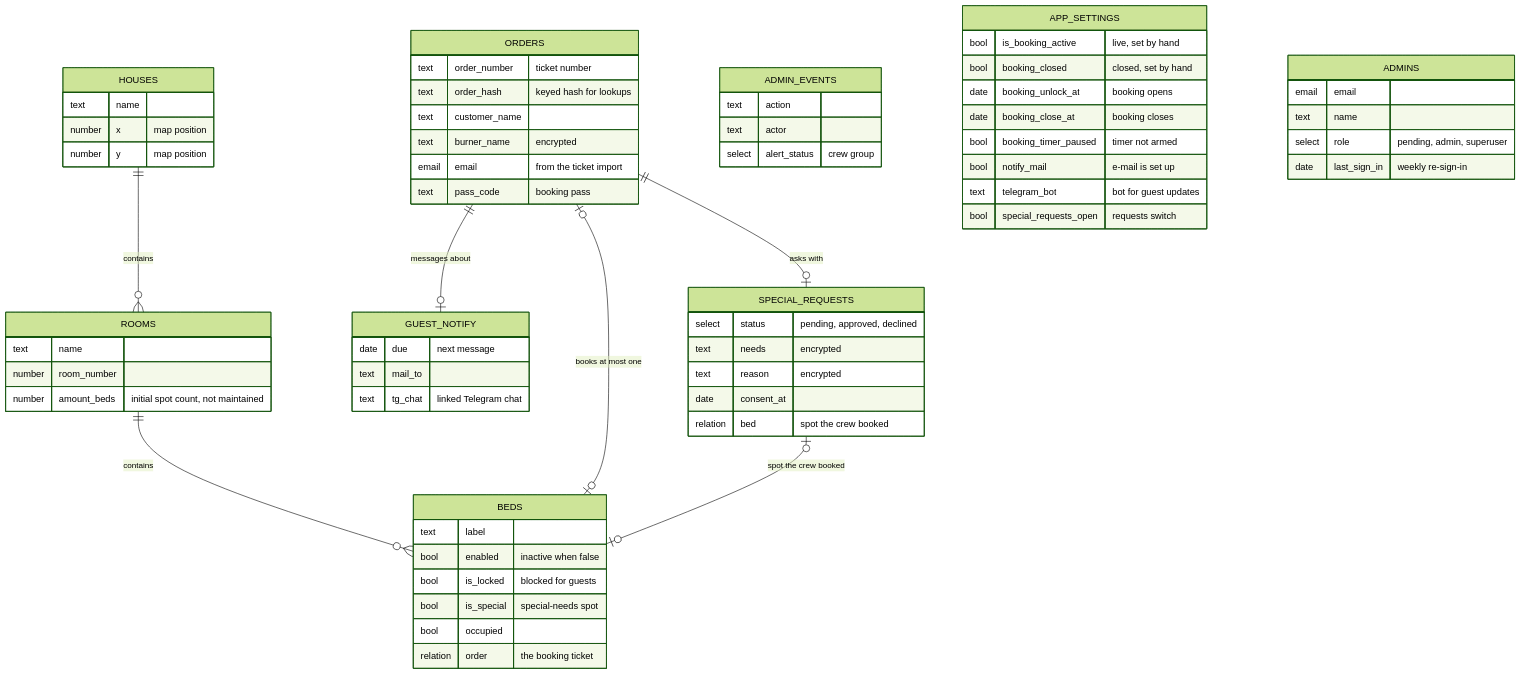
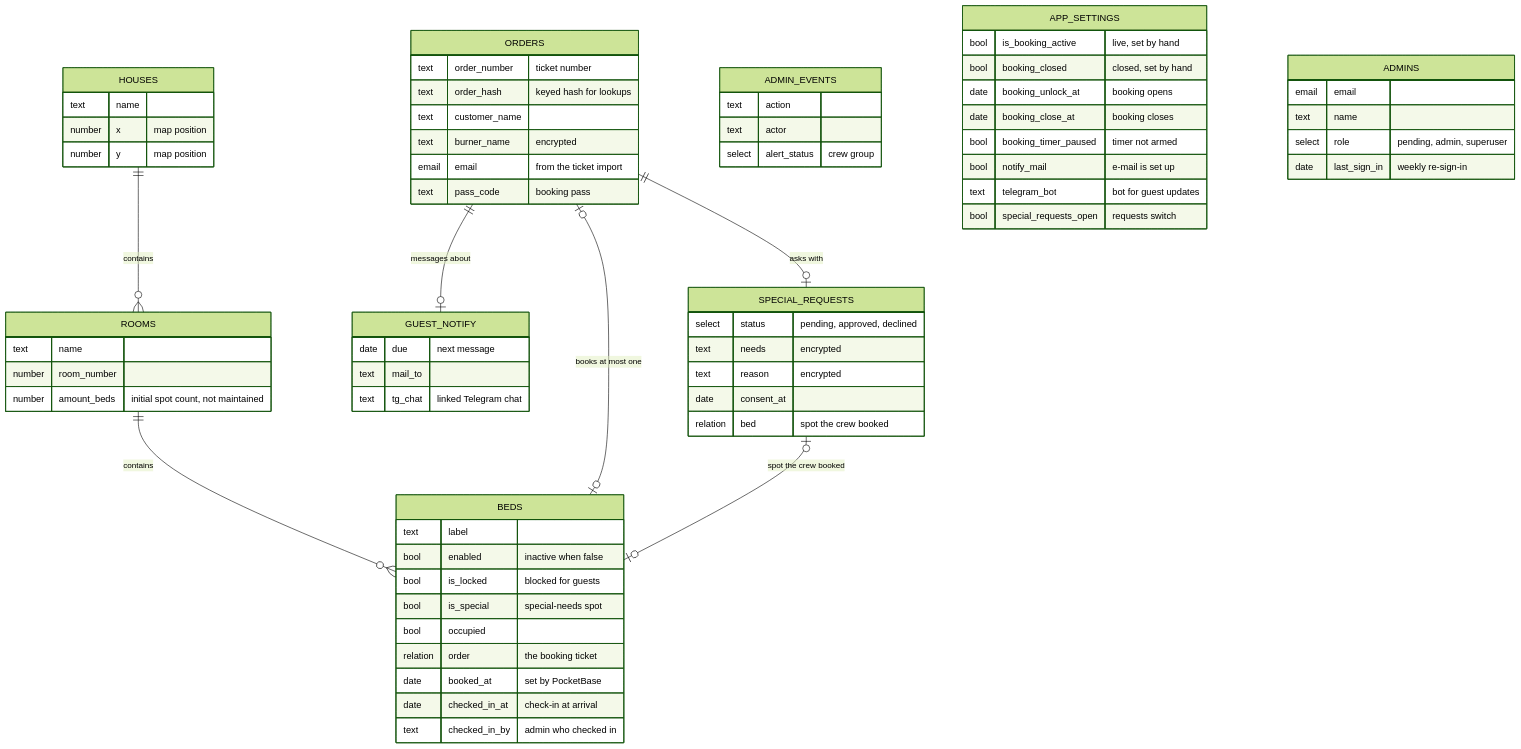
Before and after one commit to MorpheusMXML/hamburn-cozynights: the second of 3 diagrams in docs/reference/architecture.md, drawn with Mermaid (forest theme). The commit also changed other lines of this file and 57 other files, not shown here.

````diff
--- a/docs/reference/architecture.md
+++ b/docs/reference/architecture.md
@@ -65,68 +65,71 @@
 ```mermaid
 erDiagram
   HOUSES ||--o{ ROOMS : contains
   ROOMS ||--o{ BEDS : contains
   ORDERS |o--o| BEDS : "books at most one"
   ORDERS ||--o| GUEST_NOTIFY : "messages about"
   ORDERS ||--o| SPECIAL_REQUESTS : "asks with"
   SPECIAL_REQUESTS |o--o| BEDS : "spot the crew booked"
   HOUSES {
     text name
     number x "map position"
     number y "map position"
   }
   ROOMS {
     text name
     number room_number
     number amount_beds "initial spot count, not maintained"
   }
   BEDS {
     text label
     bool enabled "inactive when false"
     bool is_locked "blocked for guests"
     bool is_special "special-needs spot"
     bool occupied
     relation order "the booking ticket"
+    date booked_at "set by PocketBase"
+    date checked_in_at "check-in at arrival"
+    text checked_in_by "admin who checked in"
   }
   ORDERS {
     text order_number "ticket number"
     text order_hash "keyed hash for lookups"
     text customer_name
     text burner_name "encrypted"
     email email "from the ticket import"
     text pass_code "booking pass"
   }
   GUEST_NOTIFY {
     date due "next message"
     text mail_to
     text tg_chat "linked Telegram chat"
   }
   SPECIAL_REQUESTS {
     select status "pending, approved, declined"
     text needs "encrypted"
     text reason "encrypted"
     date consent_at
     relation bed "spot the crew booked"
   }
   ADMIN_EVENTS {
     text action
     text actor
     select alert_status "crew group"
   }
   APP_SETTINGS {
     bool is_booking_active "live, set by hand"
     bool booking_closed "closed, set by hand"
     date booking_unlock_at "booking opens"
     date booking_close_at "booking closes"
     bool booking_timer_paused "timer not armed"
     bool notify_mail "e-mail is set up"
     text telegram_bot "bot for guest updates"
     bool special_requests_open "requests switch"
   }
   ADMINS {
     email email
     text name
     select role "pending, admin, superuser"
     date last_sign_in "weekly re-sign-in"
   }
 ```
````
